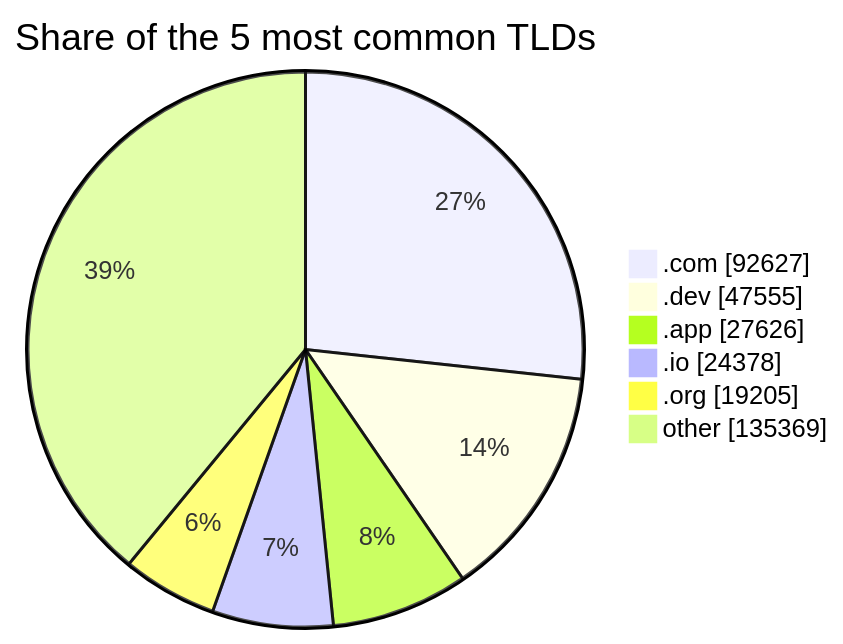
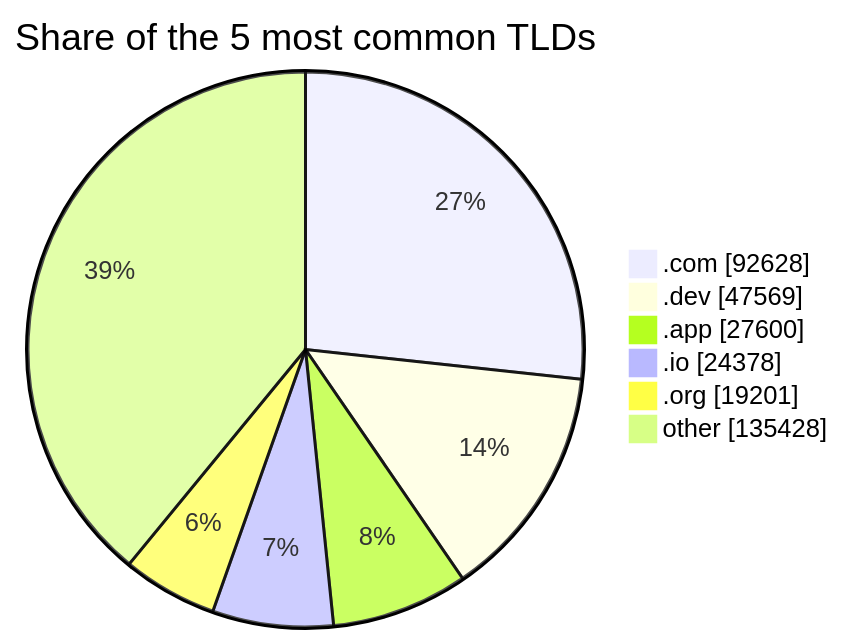
Before and after one commit to DNSBunker/CTI: the third of 3 diagrams in README.md, drawn with Mermaid. The commit also changed other lines of this file and 3 other files, not shown here.

````diff
--- a/README.md
+++ b/README.md
@@ -81,9 +81,9 @@
 ```mermaid
 pie showData title Share of the 5 most common TLDs
-    ".com" : 92627
-    ".dev" : 47555
-    ".app" : 27626
+    ".com" : 92628
+    ".dev" : 47569
+    ".app" : 27600
     ".io" : 24378
-    ".org" : 19205
-    "other" : 135369
+    ".org" : 19201
+    "other" : 135428
 ```
````
